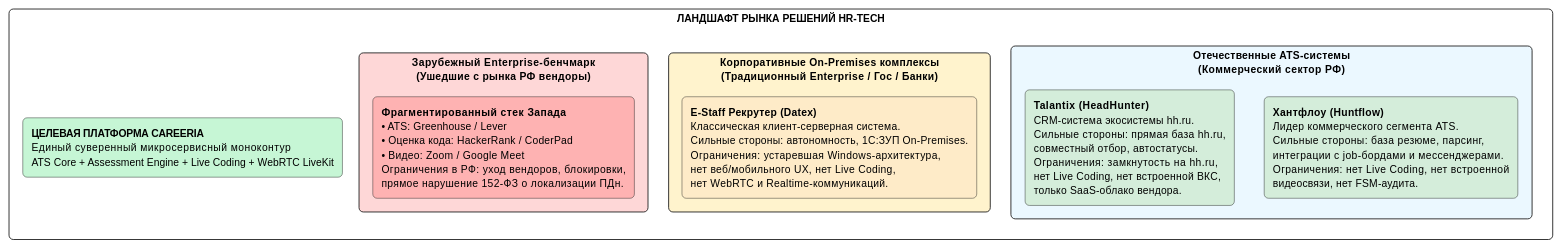
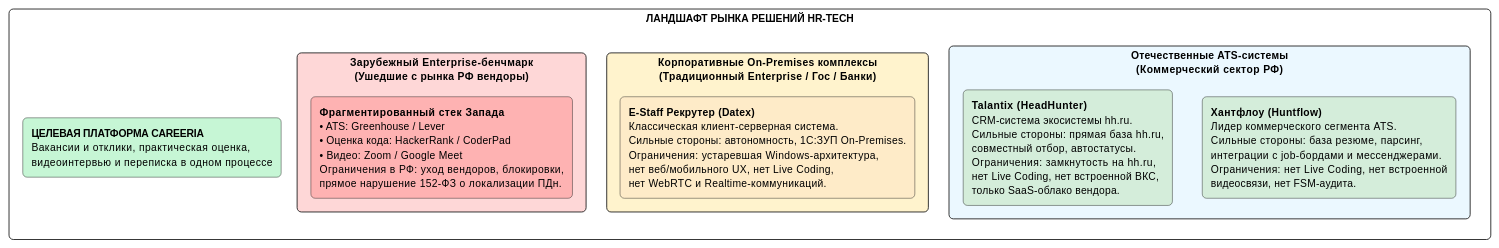
One commit to krackl1n/careeria changed the second of 5 diagrams in docs/project/01-general/05-analogs-analysis.md. Above: the diagram before and after it, drawn with PlantUML. The commit also changed other lines of this file and 37 other files, not shown here.

````diff
--- a/docs/project/01-general/05-analogs-analysis.md
+++ b/docs/project/01-general/05-analogs-analysis.md
@@ -59,26 +59,26 @@
 ```plantuml
 @startuml
 skinparam rectangle {
   RoundCorner 10
   FontName Arial
   FontSize 12
 }
 
 rectangle "ЛАНДШАФТ РЫНКА РЕШЕНИЙ HR-TECH" as Landscape {
   rectangle "**Отечественные ATS-системы**\n(Коммерческий сектор РФ)" as DomATS #EBF8FF {
     rectangle "**Хантфлоу (Huntflow)**\nЛидер коммерческого сегмента ATS.\nСильные стороны: база резюме, парсинг,\nинтеграции с job-бордами и мессенджерами.\nОграничения: нет Live Coding, нет встроенной\nвидеосвязи, нет FSM-аудита." as Huntflow #D4EDDA
     rectangle "**Talantix (HeadHunter)**\nCRM-система экосистемы hh.ru.\nСильные стороны: прямая база hh.ru,\nсовместный отбор, автостатусы.\nОграничения: замкнутость на hh.ru,\nнет Live Coding, нет встроенной ВКС,\nтолько SaaS-облако вендора." as Talantix #D4EDDA
   }
 
   rectangle "**Корпоративные On-Premises комплексы**\n(Традиционный Enterprise / Гос / Банки)" as EntLegacy #FFF3CD {
     rectangle "**E-Staff Рекрутер (Datex)**\nКлассическая клиент-серверная система.\nСильные стороны: автономность, 1С:ЗУП On-Premises.\nОграничения: устаревшая Windows-архитектура,\nнет веб/мобильного UX, нет Live Coding,\nнет WebRTC и Realtime-коммуникаций." as EStaff #FEEBC8
   }
 
   rectangle "**Зарубежный Enterprise-бенчмарк**\n(Ушедшие с рынка РФ вендоры)" as GlobalBench #FED7D7 {
     rectangle "**Фрагментированный стек Запада**\n• ATS: Greenhouse / Lever\n• Оценка кода: HackerRank / CoderPad\n• Видео: Zoom / Google Meet\nОграничения в РФ: уход вендоров, блокировки,\nпрямое нарушение 152-ФЗ о локализации ПДн." as Global #FEB2B2
   }
 
-  rectangle "**ЦЕЛЕВАЯ ПЛАТФОРМА CAREERIA**\nЕдиный суверенный микросервисный моноконтур\nATS Core + Assessment Engine + Live Coding + WebRTC LiveKit" as Careeria #C6F6D5
+  rectangle "**ЦЕЛЕВАЯ ПЛАТФОРМА CAREERIA**\nВакансии и отклики, практическая оценка,\nвидеоинтервью и переписка в одном процессе" as Careeria #C6F6D5
 }
 @enduml
 ```
````
